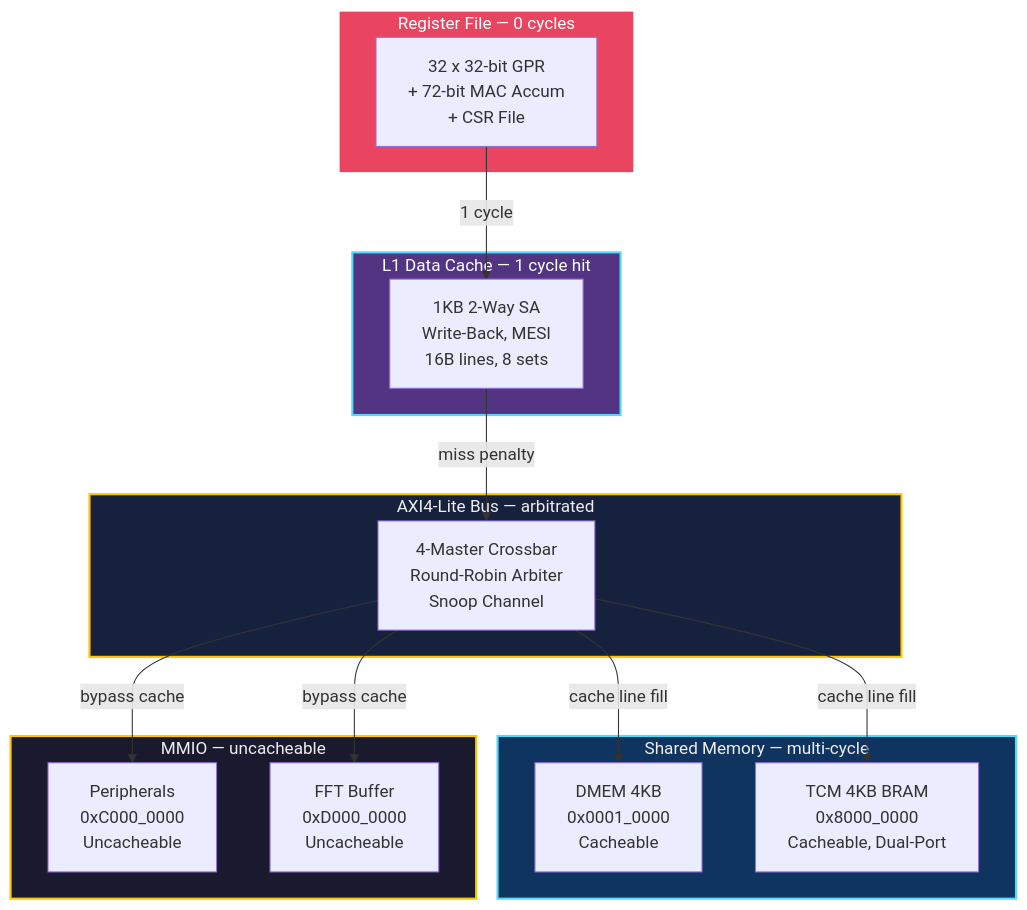
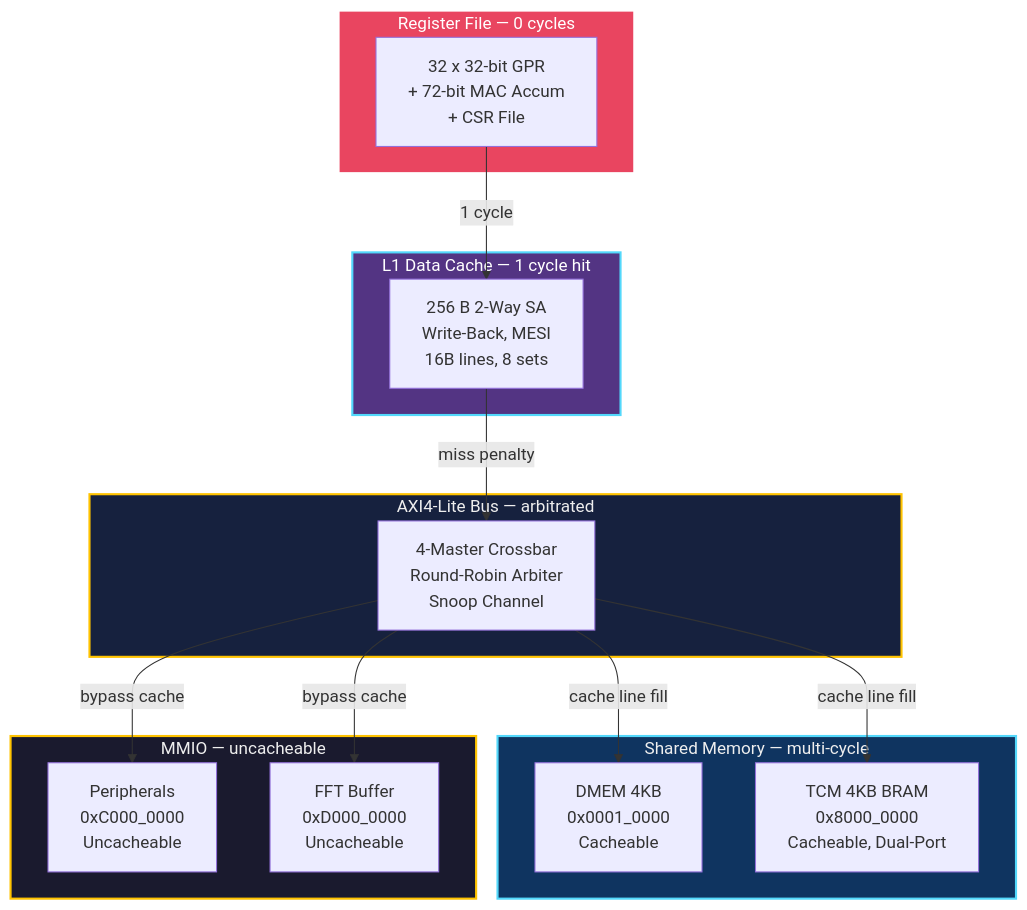
One commit to virochanmourya/CoreAccel-V changed the tenth of 17 diagrams in docs/target_soc_architecture.md. Above: the diagram before and after it, drawn with Mermaid. The commit also changed other lines of this file and 15 other files, not shown here.

First line of the commit message:
Rewrite the README and architecture docs for the current design

````diff
--- a/docs/target_soc_architecture.md
+++ b/docs/target_soc_architecture.md
@@ -673,37 +690,37 @@
 ```mermaid
 graph TB
     subgraph L0["Register File — 0 cycles"]
         RF["32 x 32-bit GPR<br/>+ 72-bit MAC Accum<br/>+ CSR File"]
     end
 
     subgraph L1["L1 Data Cache — 1 cycle hit"]
-        DC["1KB 2-Way SA<br/>Write-Back, MESI<br/>16B lines, 8 sets"]
+        DC["256 B 2-Way SA<br/>Write-Back, MESI<br/>16B lines, 8 sets"]
     end
 
     subgraph BUS["AXI4-Lite Bus — arbitrated"]
         ABUS["4-Master Crossbar<br/>Round-Robin Arbiter<br/>Snoop Channel"]
     end
 
     subgraph L2["Shared Memory — multi-cycle"]
         DMEM2["DMEM 4KB<br/>0x0001_0000<br/>Cacheable"]
         TCM2["TCM 4KB BRAM<br/>0x8000_0000<br/>Cacheable, Dual-Port"]
     end
 
     subgraph MMIO["MMIO — uncacheable"]
         PERIPH2["Peripherals<br/>0xC000_0000<br/>Uncacheable"]
         FFTBUF2["FFT Buffer<br/>0xD000_0000<br/>Uncacheable"]
     end
 
     RF -->|"1 cycle"| DC
     DC -->|"miss penalty"| ABUS
     ABUS -->|"cache line fill"| DMEM2
     ABUS -->|"cache line fill"| TCM2
     ABUS -->|"bypass cache"| PERIPH2
     ABUS -->|"bypass cache"| FFTBUF2
 
     style L0 fill:#e94560,stroke:#fff,stroke-width:2px,color:#fff
     style L1 fill:#533483,stroke:#53d8fb,stroke-width:2px,color:#fff
     style BUS fill:#16213e,stroke:#ffc300,stroke-width:2px,color:#eee
     style L2 fill:#0f3460,stroke:#53d8fb,stroke-width:2px,color:#eee
     style MMIO fill:#1a1a2e,stroke:#ffc300,stroke-width:2px,color:#eee
 ```
````
